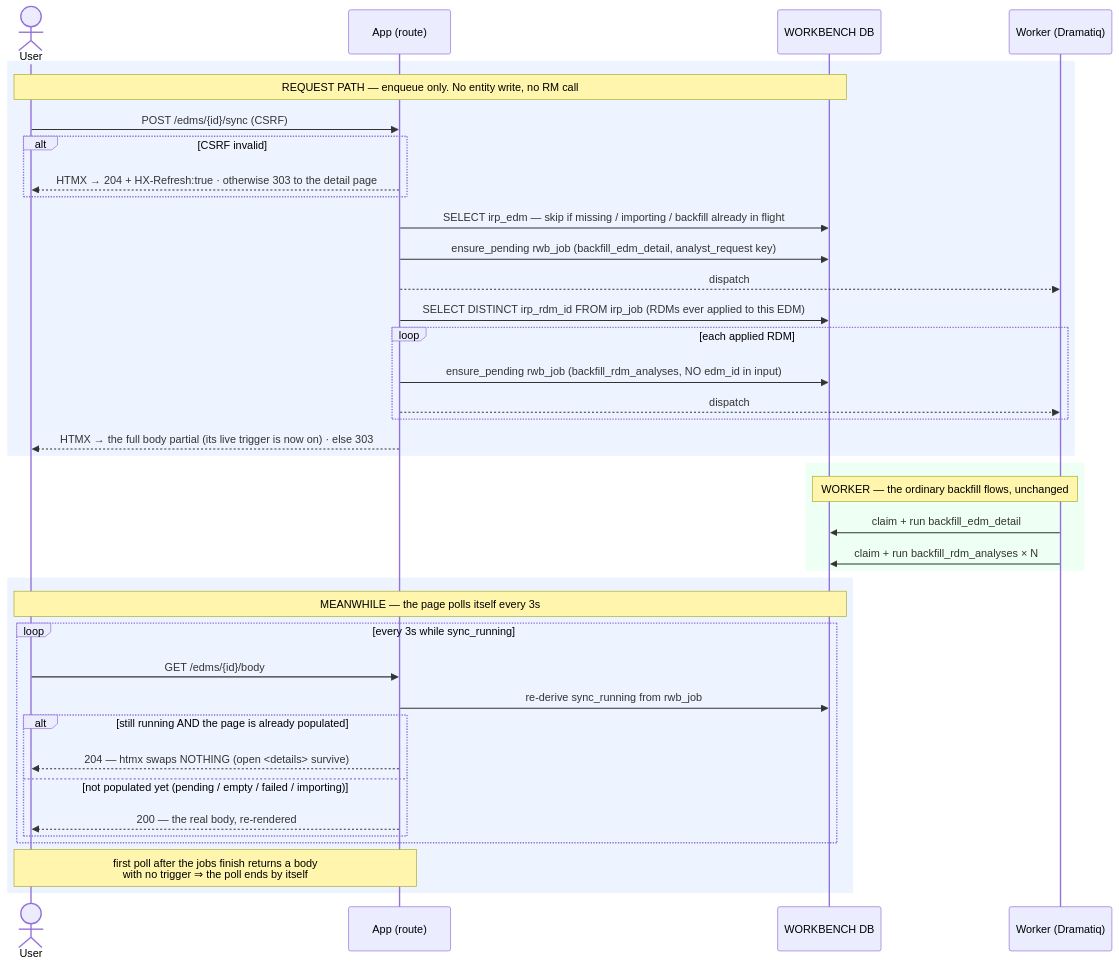
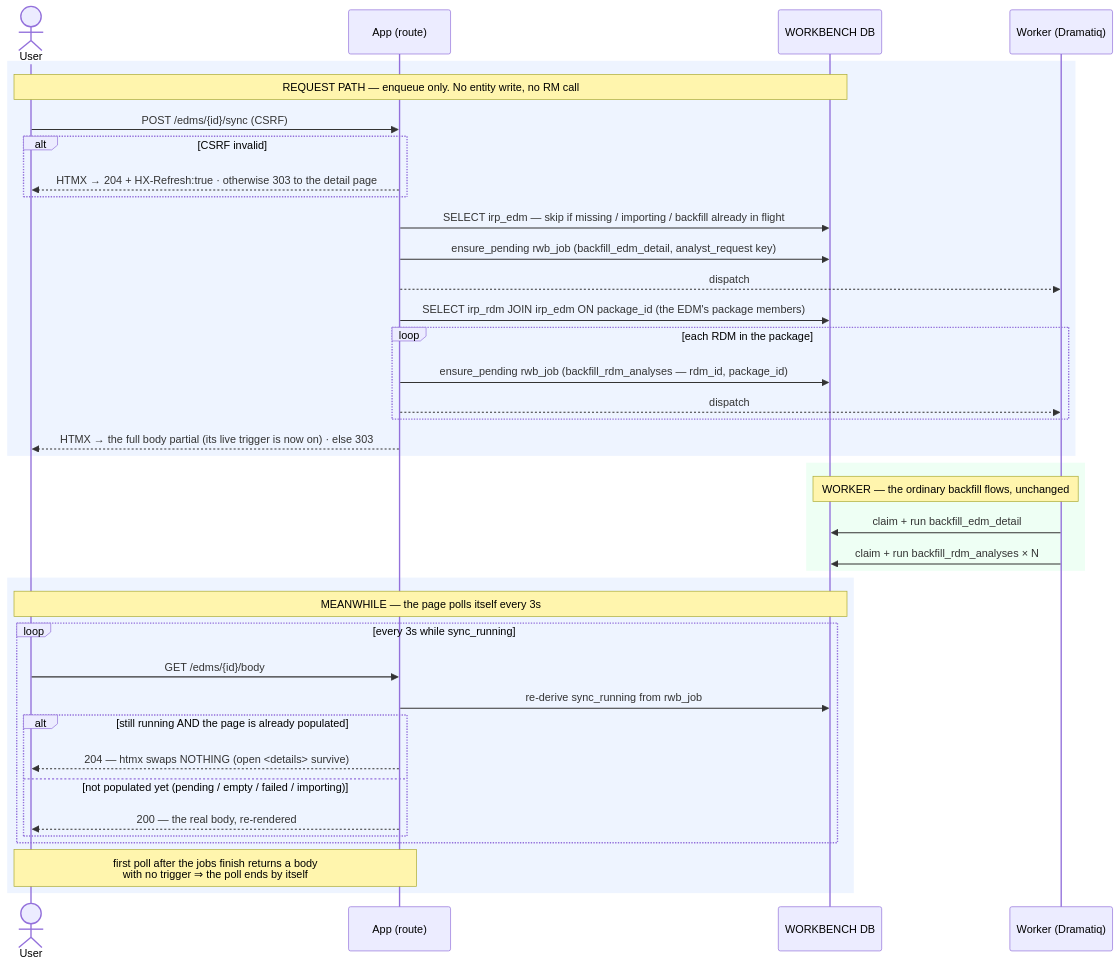
Before and after one commit to anilvenugopal/risk-workbench: the diagram in docs/sequence_diagrams/backfill/manual_sync.md, drawn with Mermaid. The commit also changed other lines of this file and 8 other files, not shown here.

First line of the commit message:
Update docs and sequence diagrams for standalone RDM import

````diff
--- a/docs/sequence_diagrams/backfill/manual_sync.md
+++ b/docs/sequence_diagrams/backfill/manual_sync.md
@@ -51,44 +51,44 @@
 ```mermaid
 sequenceDiagram
     actor User
     participant App as App (route)
     participant DB as WORKBENCH DB
     participant W as Worker (Dramatiq)
 
     rect rgb(238,244,255)
         Note over User,DB: REQUEST PATH — enqueue only. No entity write, no RM call
         User->>App: POST /edms/{id}/sync (CSRF)
         alt CSRF invalid
             App-->>User: HTMX → 204 + HX-Refresh:true · otherwise 303 to the detail page
         end
         App->>DB: SELECT irp_edm — skip if missing / importing / backfill already in flight
         App->>DB: ensure_pending rwb_job (backfill_edm_detail, analyst_request key)
         App-->>W: dispatch
-        App->>DB: SELECT DISTINCT irp_rdm_id FROM irp_job (RDMs ever applied to this EDM)
-        loop each applied RDM
-            App->>DB: ensure_pending rwb_job (backfill_rdm_analyses, NO edm_id in input)
+        App->>DB: SELECT irp_rdm JOIN irp_edm ON package_id (the EDM's package members)
+        loop each RDM in the package
+            App->>DB: ensure_pending rwb_job (backfill_rdm_analyses — rdm_id, package_id)
             App-->>W: dispatch
         end
         App-->>User: HTMX → the full body partial (its live trigger is now on) · else 303
     end
 
     rect rgb(238,255,244)
         Note over W,DB: WORKER — the ordinary backfill flows, unchanged
         W->>DB: claim + run backfill_edm_detail
         W->>DB: claim + run backfill_rdm_analyses × N
     end
 
     rect rgb(238,244,255)
         Note over User,DB: MEANWHILE — the page polls itself every 3s
         loop every 3s while sync_running
             User->>App: GET /edms/{id}/body
             App->>DB: re-derive sync_running from rwb_job
             alt still running AND the page is already populated
                 App-->>User: 204 — htmx swaps NOTHING (open <details> survive)
             else not populated yet (pending / empty / failed / importing)
                 App-->>User: 200 — the real body, re-rendered
             end
         end
         Note over User,App: first poll after the jobs finish returns a body<br/>with no trigger ⇒ the poll ends by itself
     end
 ```
````
